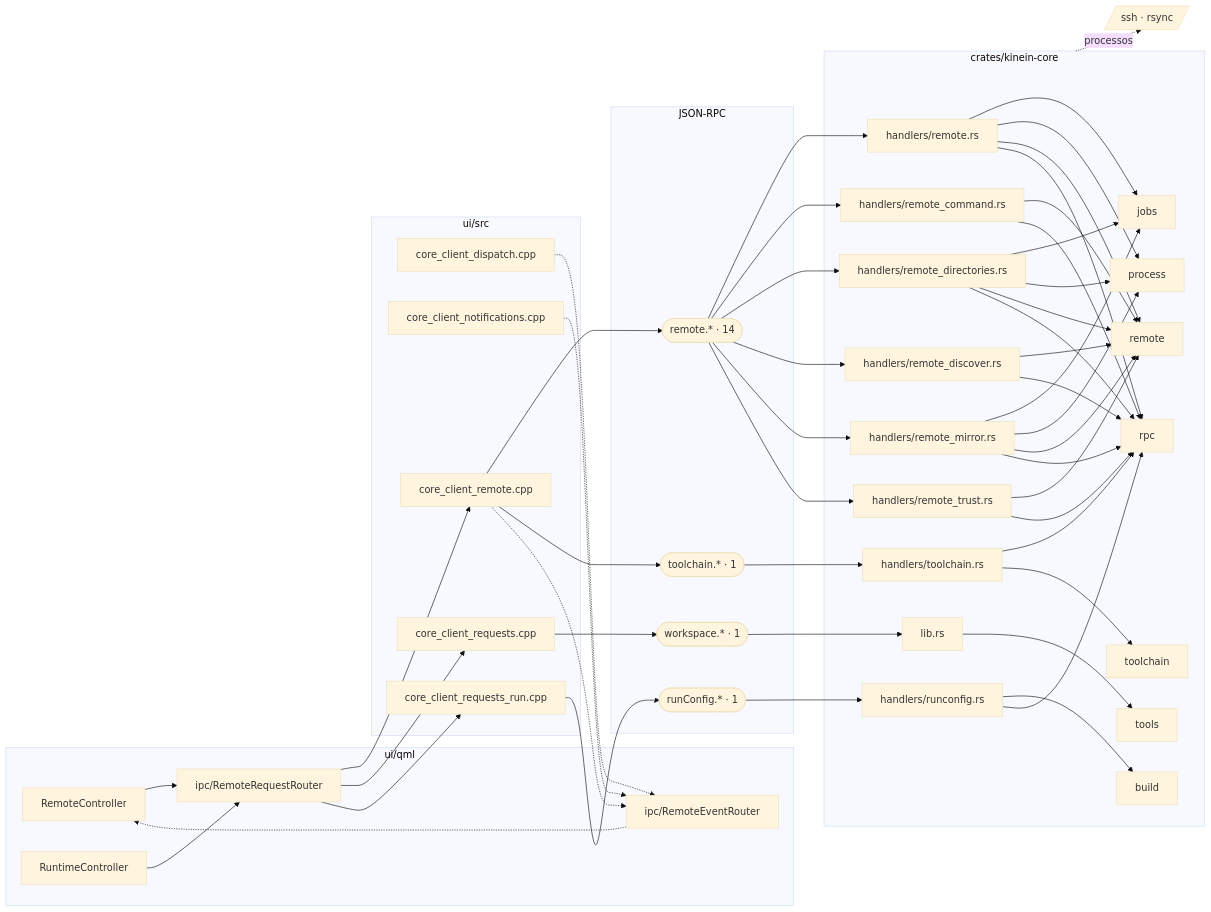
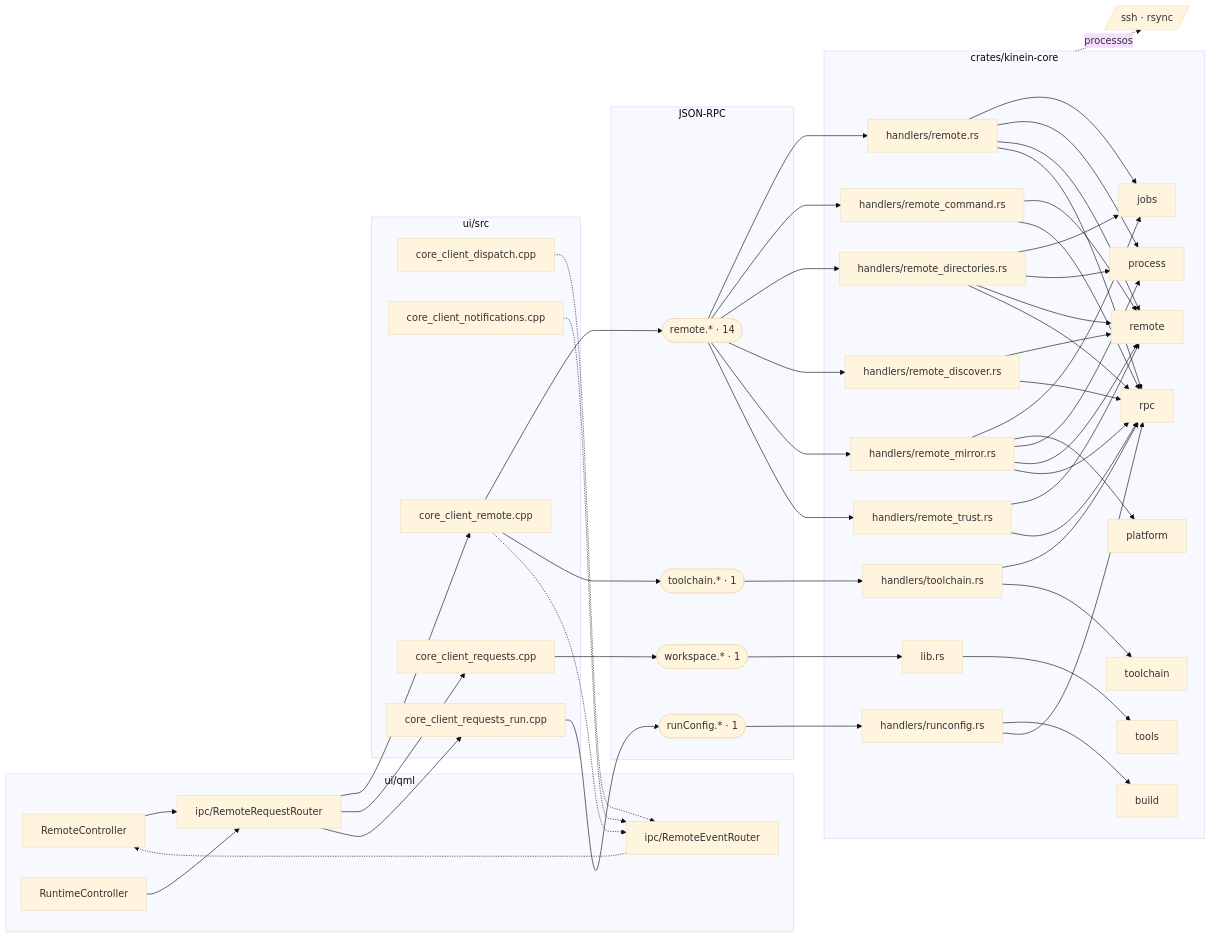
Before and after one commit to ViktorWalde/KineinVectis: diagram 12 of 16 in DocsPublic/arquitetura/01-mapa-de-modulos.md, drawn with Mermaid (base theme). The commit also changed 33 other files, not shown here.

```diff
--- a/DocsPublic/arquitetura/01-mapa-de-modulos.md
+++ b/DocsPublic/arquitetura/01-mapa-de-modulos.md
@@ -1091,6 +1091,7 @@
     n_crates_kinein_core_src_lib_rs["lib.rs"]
     n_core_build[build]
     n_core_jobs[jobs]
+    n_core_platform[platform]
     n_core_process[process]
     n_core_remote[remote]
     n_core_rpc[rpc]
@@ -1129,6 +1130,7 @@
   n_crates_kinein_core_src_handlers_remote_discover_rs --> n_core_rpc
   n_ipc_remote --> n_crates_kinein_core_src_handlers_remote_mirror_rs
   n_crates_kinein_core_src_handlers_remote_mirror_rs --> n_core_jobs
+  n_crates_kinein_core_src_handlers_remote_mirror_rs --> n_core_platform
   n_crates_kinein_core_src_handlers_remote_mirror_rs --> n_core_process
   n_crates_kinein_core_src_handlers_remote_mirror_rs --> n_core_remote
   n_crates_kinein_core_src_handlers_remote_mirror_rs --> n_core_rpc
```
